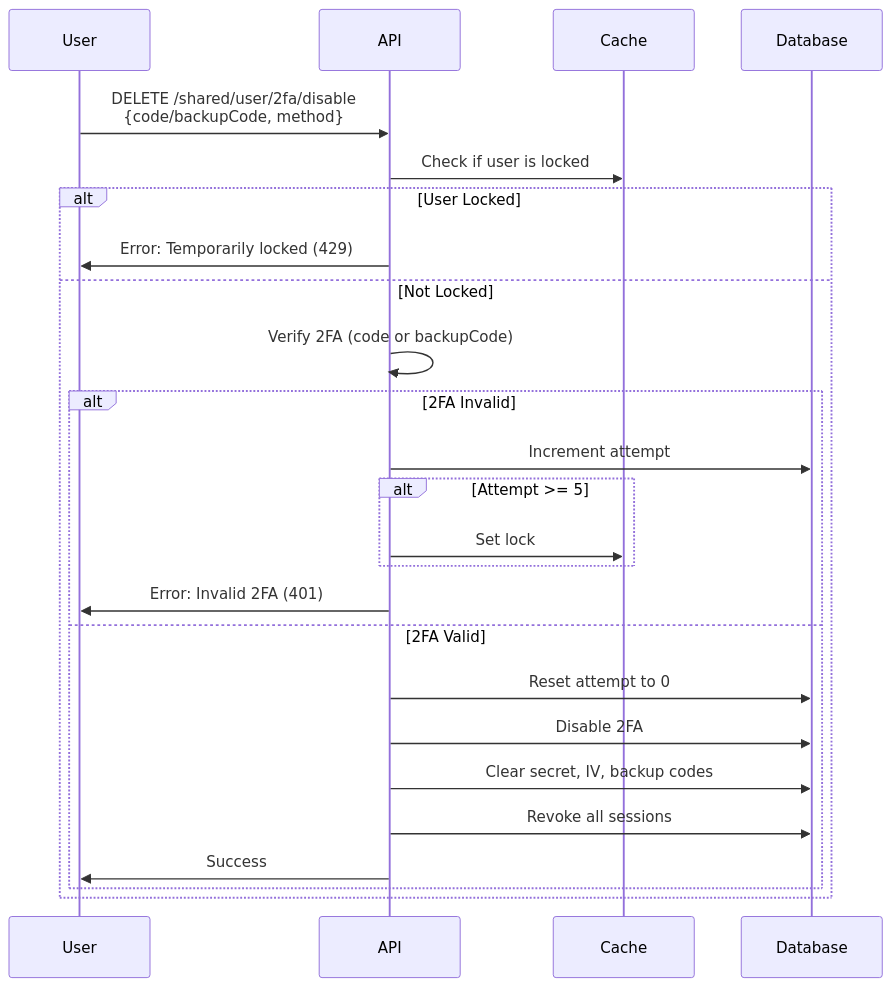
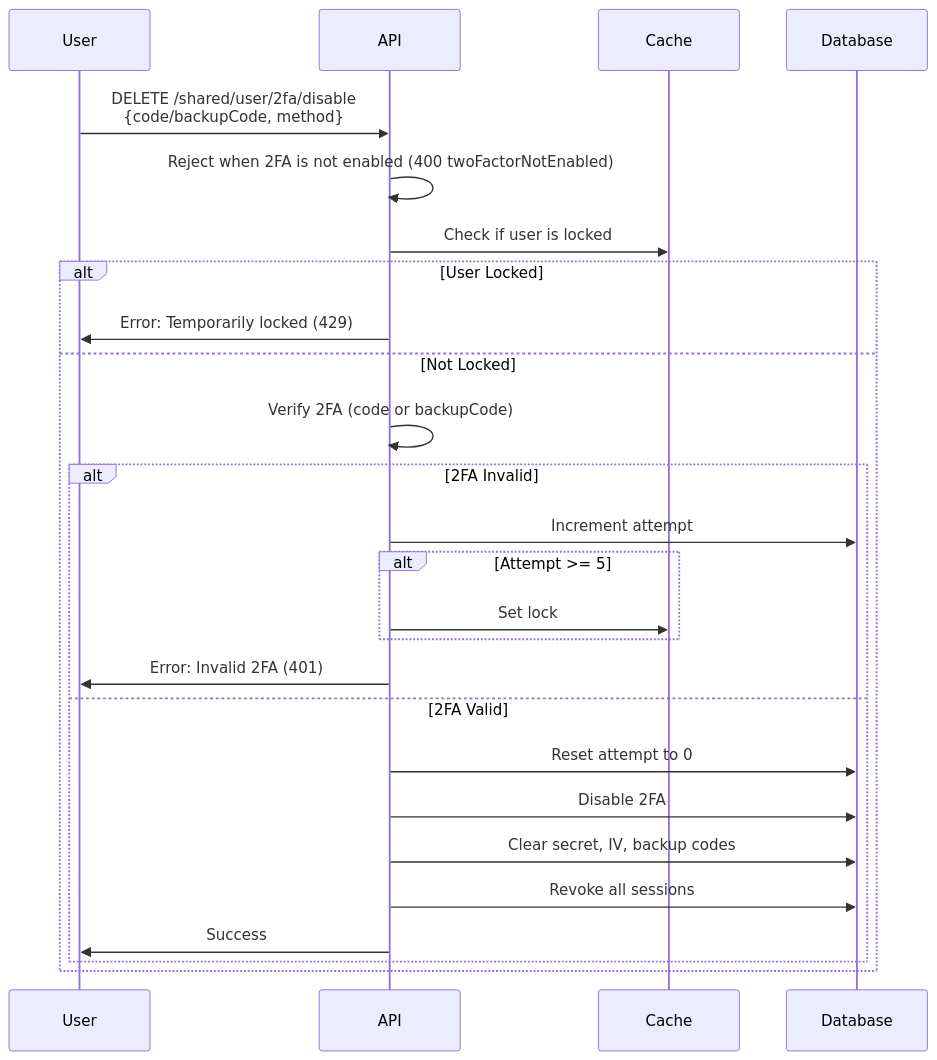
Before and after one commit to andrechristikan/ack-nestjs-boilerplate: the ninth of 9 diagrams in docs/two-factor.md, drawn with Mermaid. The commit also changed other lines of this file and 62 other files, not shown here.

````diff
--- a/docs/two-factor.md
+++ b/docs/two-factor.md
@@ -473,28 +492,29 @@
 ```mermaid
 sequenceDiagram
     participant User
     participant API
     participant Cache
     participant Database
 
     User->>API: DELETE /shared/user/2fa/disable<br/>{code/backupCode, method}
+    API->>API: Reject when 2FA is not enabled (400 twoFactorNotEnabled)
     API->>Cache: Check if user is locked
     alt User Locked
         API->>User: Error: Temporarily locked (429)
     else Not Locked
         API->>API: Verify 2FA (code or backupCode)
         alt 2FA Invalid
             API->>Database: Increment attempt
             alt Attempt >= 5
                 API->>Cache: Set lock
             end
             API->>User: Error: Invalid 2FA (401)
         else 2FA Valid
             API->>Database: Reset attempt to 0
             API->>Database: Disable 2FA
             API->>Database: Clear secret, IV, backup codes
             API->>Database: Revoke all sessions
             API->>User: Success
         end
     end
 ```
````
